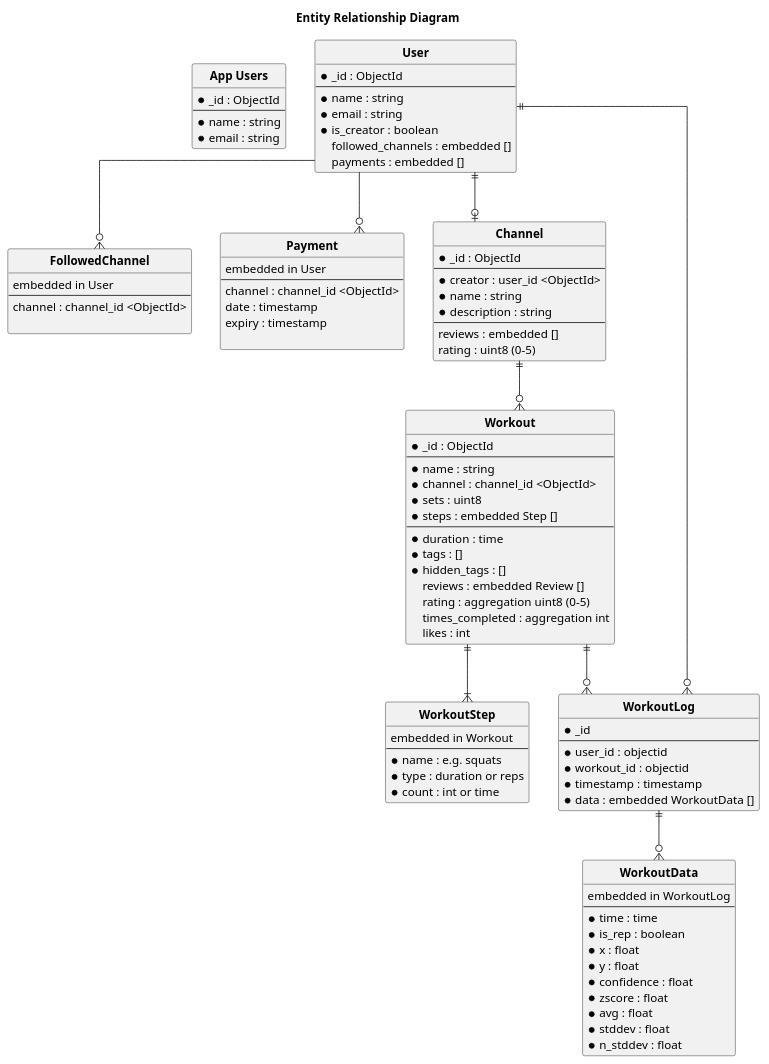
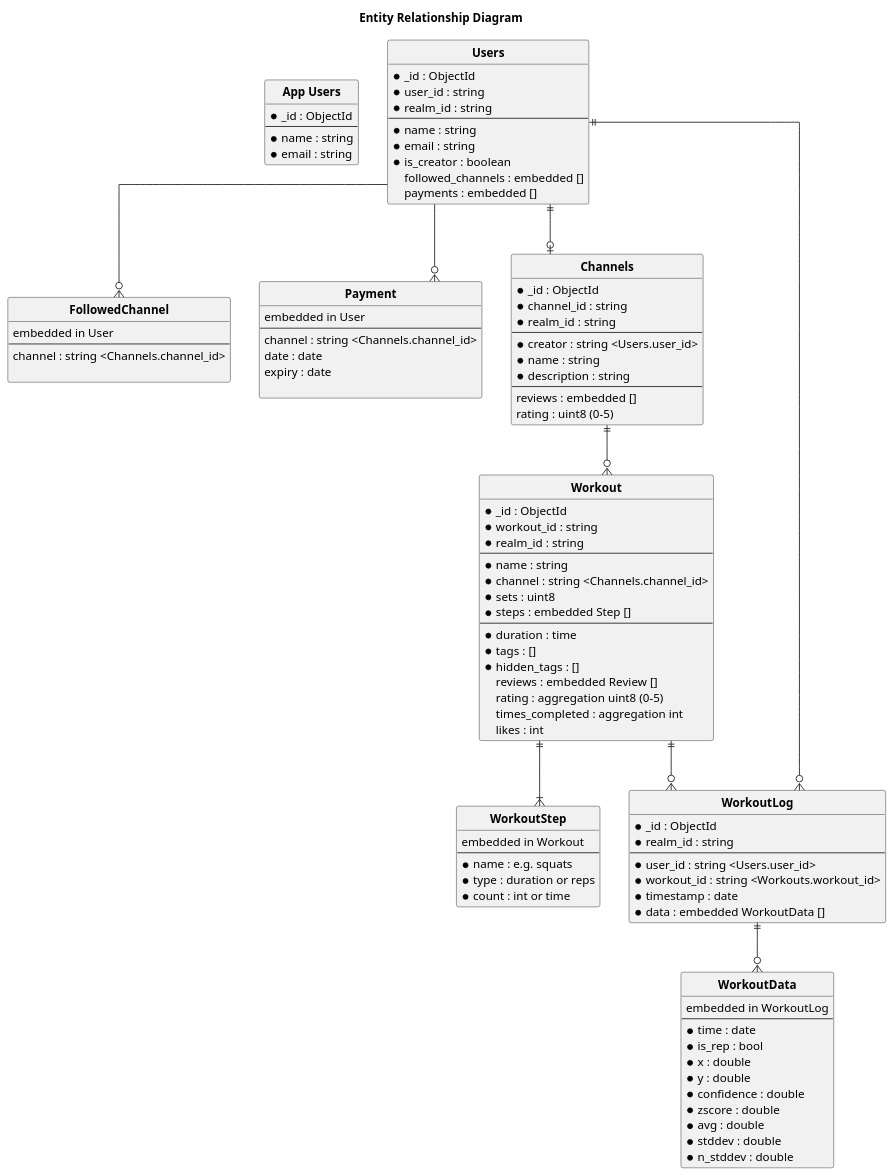
One commit to wongway/tmp-form-app changed the diagram in docs/diagrams/src/data_schema.puml. Above: the diagram before and after it, drawn with PlantUML. The commit also changed 8 other files, not shown here.

Commit message:
Refactor schemas/relationships for string-based foreign keys

```diff
--- a/docs/diagrams/src/data_schema.puml
+++ b/docs/diagrams/src/data_schema.puml
@@ -1,111 +1,118 @@
 @startuml data_schema
 
 title Entity Relationship Diagram
 
 hide circle
 skinparam linetype ortho
 
 entity "**App Users**" as AppUser {
     * _id : ObjectId
     ---
     * name : string
     * email : string
 }
 
-entity "**User**" as User {
+entity "**Users**" as User {
     * _id : ObjectId
+    * user_id : string
+    * realm_id : string
     ---
     * name : string
     * email : string
     * is_creator : boolean
     followed_channels : embedded []
     payments : embedded []
 }
 
 entity "**FollowedChannel**" as FollowedChannel {
     embedded in User
     ---
-    channel : channel_id <ObjectId>
+    channel : string <Channels.channel_id>
 
 }
 
 entity "**Payment**" as Payment {
     embedded in User
     ---
-    channel : channel_id <ObjectId>
-    date : timestamp
-    expiry : timestamp
+    channel : string <Channels.channel_id>
+    date : date
+    expiry : date
 
 }
 
-entity "**Channel**" as Channel {
+entity "**Channels**" as Channel {
     * _id : ObjectId
+    * channel_id : string
+    * realm_id : string
     ---
-    * creator : user_id <ObjectId>
+    * creator : string <Users.user_id>
     * name : string
     * description : string
     ---
     reviews : embedded []
     rating : uint8 (0-5)
 }
 
 entity "**Workout**" as Workout {
     * _id : ObjectId
+    * workout_id : string
+    * realm_id : string
     ---
     * name : string
-    * channel : channel_id <ObjectId>
+    * channel : string <Channels.channel_id>
     * sets : uint8
     * steps : embedded Step []
     ---
     * duration : time
     * tags : []
     * hidden_tags : []
     reviews : embedded Review []
     rating : aggregation uint8 (0-5)
     times_completed : aggregation int
     likes : int
 }
 
 entity "**WorkoutStep**" as Step {
     embedded in Workout
     ---
     * name : e.g. squats
     * type : duration or reps
     * count : int or time
 }
 
 entity "**WorkoutLog**" as WorkoutLog {
-    * _id
+    * _id : ObjectId
+    * realm_id : string
     ---
-    * user_id : objectid
-    * workout_id : objectid
-    * timestamp : timestamp
+    * user_id : string <Users.user_id>
+    * workout_id : string <Workouts.workout_id>
+    * timestamp : date
     * data : embedded WorkoutData []
 }
 
 entity "**WorkoutData**" as WorkoutData {
     embedded in WorkoutLog
     ---
-    * time : time
-    * is_rep : boolean
-    * x : float
-    * y : float
-    * confidence : float
-    * zscore : float
-    * avg : float
-    * stddev : float
-    * n_stddev : float
+    * time : date
+    * is_rep : bool
+    * x : double
+    * y : double
+    * confidence : double
+    * zscore : double
+    * avg : double
+    * stddev : double
+    * n_stddev : double
 }
 
 Workout ||--|{ Step
 Workout ||--o{ WorkoutLog
 
 User ||--o{ WorkoutLog
 User ||--o| Channel
 User --o{ FollowedChannel
 User --o{ Payment
 
 Channel ||--o{ Workout
 WorkoutLog ||--o{ WorkoutData
 
 @enduml
```
